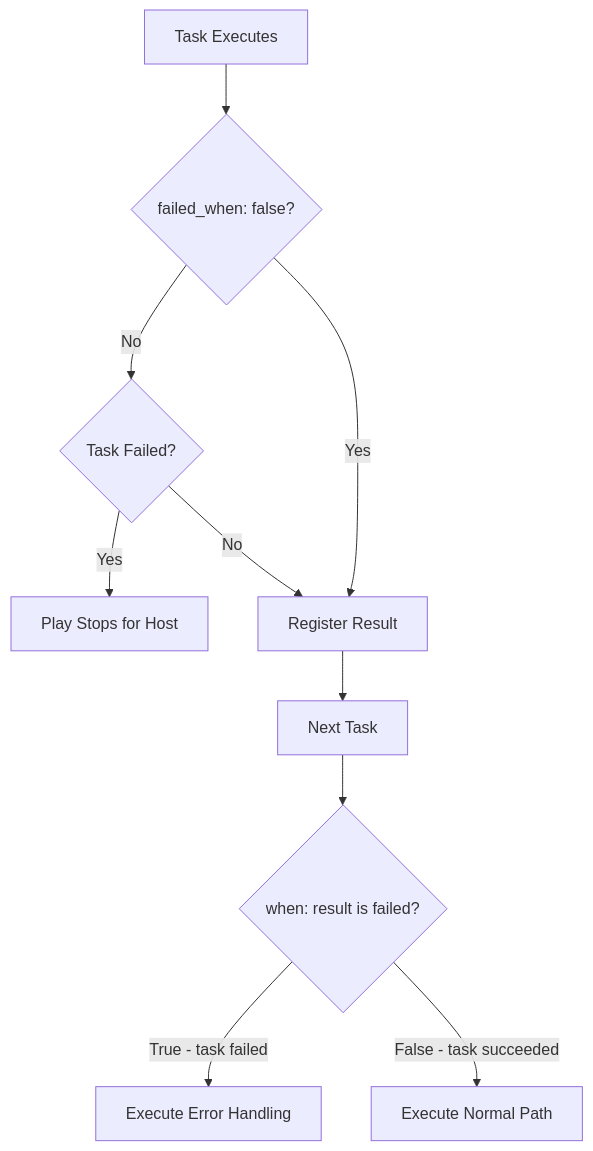
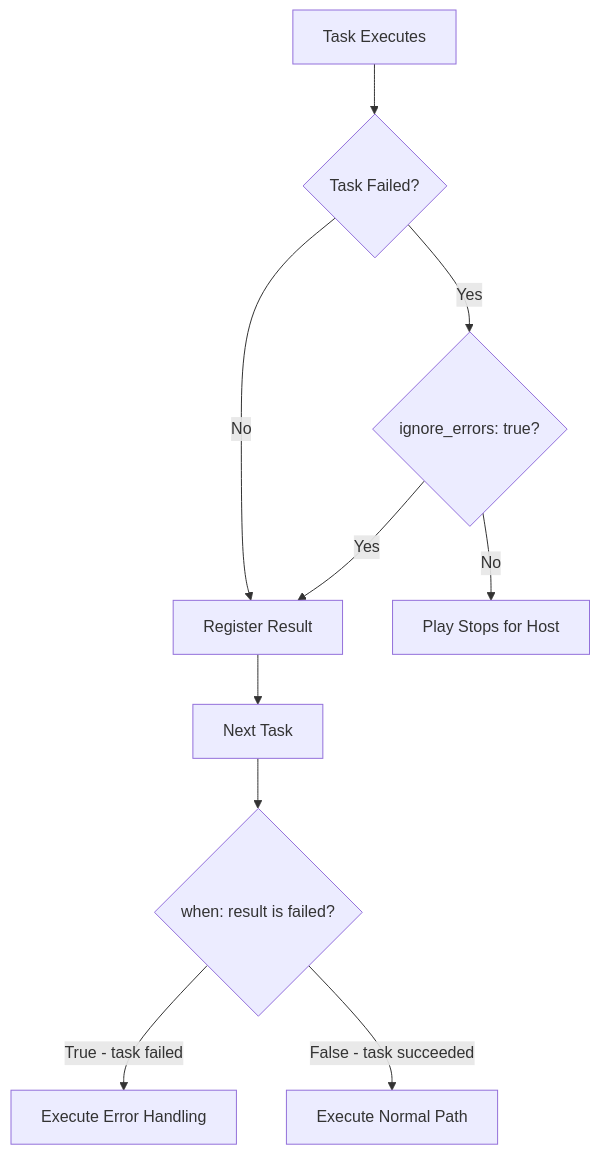
Before and after one commit to OneUptime/blog: the diagram in posts/2026-02-21-how-to-use-ansible-failed-test-in-conditionals/README.md, drawn with Mermaid. The commit also changed other lines of this file and 2 other files, not shown here.

Commit message:
validate: 2026-02-21-how-to-use-ansible-failed-test-in-conditionals

````diff
--- a/posts/2026-02-21-how-to-use-ansible-failed-test-in-conditionals/README.md
+++ b/posts/2026-02-21-how-to-use-ansible-failed-test-in-conditionals/README.md
@@ -291,12 +292,12 @@
 ```mermaid
 flowchart TD
-    A[Task Executes] --> B{failed_when: false?}
-    B -->|No| C{Task Failed?}
-    C -->|Yes| D[Play Stops for Host]
-    C -->|No| E[Register Result]
-    B -->|Yes| E
+    A[Task Executes] --> B{Task Failed?}
+    B -->|No| E[Register Result]
+    B -->|Yes| C{ignore_errors: true?}
+    C -->|No| D[Play Stops for Host]
+    C -->|Yes| E
     E --> F[Next Task]
     F --> G{when: result is failed?}
     G -->|True - task failed| H[Execute Error Handling]
     G -->|False - task succeeded| I[Execute Normal Path]
 ```
````
